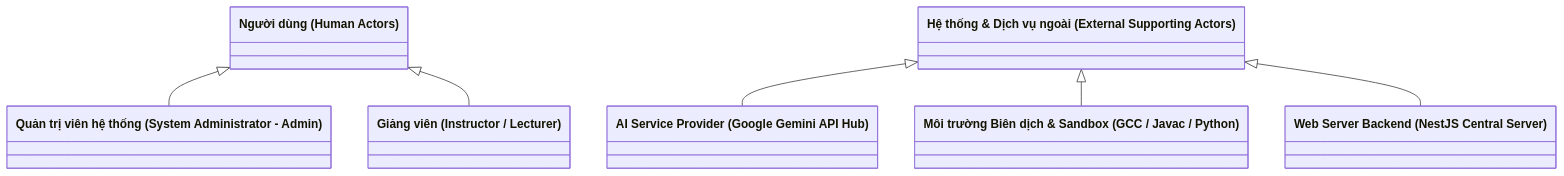
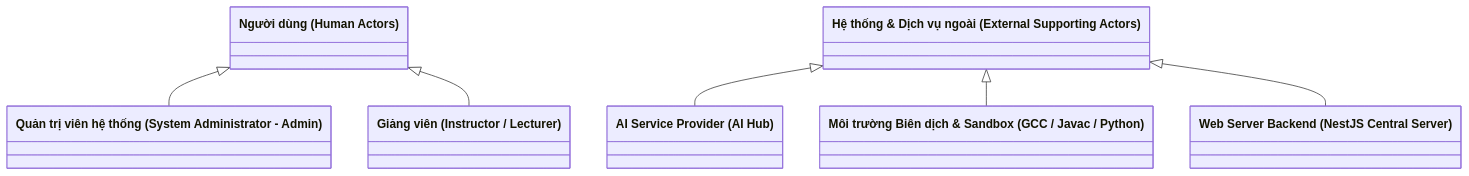
The first of 2 diagrams in docs/architecture/actors_and_use_cases.md (gray8493/iata_project), drawn with Mermaid before and after one commit. The commit also changed other lines of this file and 30 other files, not shown here.

First line of the commit message:
refactor(ai): replace Gemini branding with neutral AI Hub/AI Vision

````diff
--- a/docs/architecture/actors_and_use_cases.md
+++ b/docs/architecture/actors_and_use_cases.md
@@ -55,19 +55,19 @@
 ```mermaid
 classDiagram
     class HumanActor["Người dùng (Human Actors)"]
     class ExternalSystemActor["Hệ thống & Dịch vụ ngoài (External Supporting Actors)"]
 
     class Instructor["Giảng viên (Instructor / Lecturer)"]
     class SystemAdmin["Quản trị viên hệ thống (System Administrator - Admin)"]
 
-    class AIService["AI Service Provider (Google Gemini API Hub)"]
+    class AIService["AI Service Provider (AI Hub)"]
     class SandboxRunner["Môi trường Biên dịch & Sandbox (GCC / Javac / Python)"]
     class WebBackend["Web Server Backend (NestJS Central Server)"]
 
     HumanActor <|-- SystemAdmin
     HumanActor <|-- Instructor
 
     ExternalSystemActor <|-- AIService
     ExternalSystemActor <|-- SandboxRunner
     ExternalSystemActor <|-- WebBackend
 ```
````
